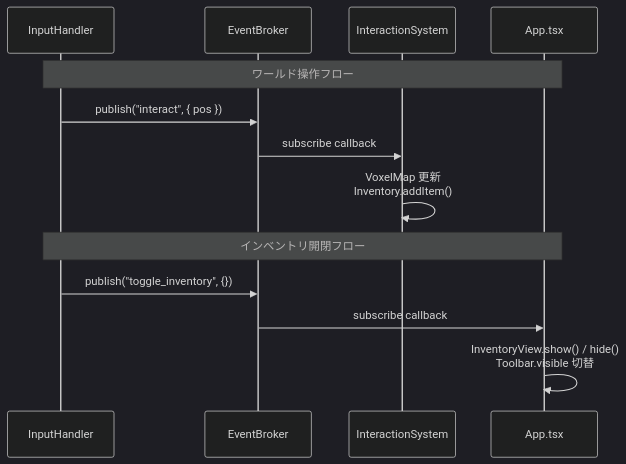
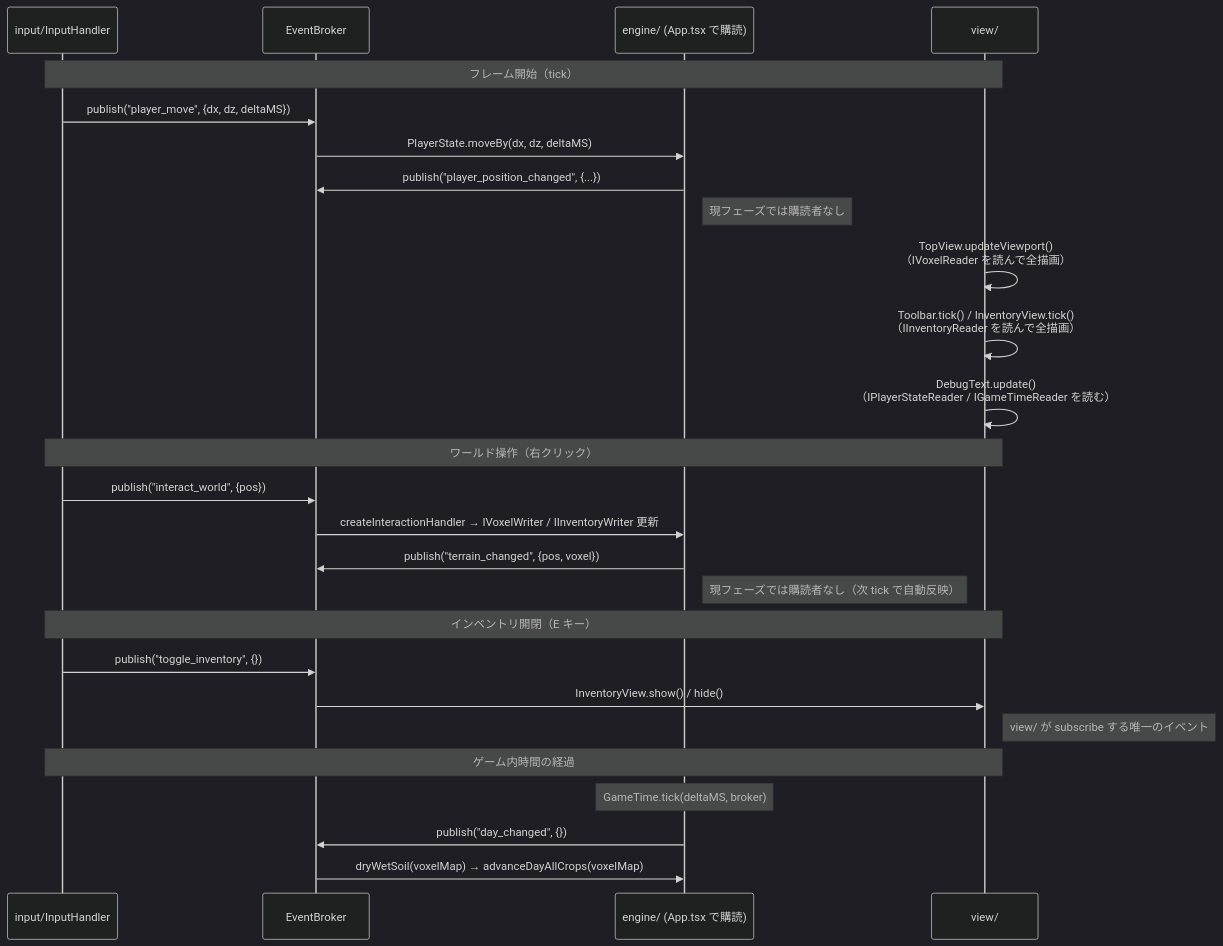
Before and after one commit to osawa-naotaka/StellaGarden: the diagram in doc/06_ARCHITECTURE.md, drawn with Mermaid (dark theme). The commit also changed other lines of this file, not shown here.

````diff
--- a/doc/06_ARCHITECTURE.md
+++ b/doc/06_ARCHITECTURE.md
@@ -177,17 +239,37 @@
 ```mermaid
 sequenceDiagram
-    participant Input as InputHandler
+    participant Input as input/InputHandler
     participant Broker as EventBroker
-    participant IS as InteractionSystem
-    participant App as App.tsx
+    participant Engine as engine/ (App.tsx で購読)
+    participant View as view/
 
-    Note over Input,App: ワールド操作フロー
-    Input->>Broker: publish("interact", { pos })
-    Broker->>IS: subscribe callback
-    IS->>IS: VoxelMap 更新<br/>Inventory.addItem()
+    Note over Input,View: フレーム開始（tick）
 
-    Note over Input,App: インベントリ開閉フロー
+    Input->>Broker: publish("player_move", {dx, dz, deltaMS})
+    Broker->>Engine: PlayerState.moveBy(dx, dz, deltaMS)
+    Engine->>Broker: publish("player_position_changed", {...})
+    Note right of Engine: 現フェーズでは購読者なし
+
+    View->>View: TopView.updateViewport()<br/>（IVoxelReader を読んで全描画）
+    View->>View: Toolbar.tick() / InventoryView.tick()<br/>（IInventoryReader を読んで全描画）
+    View->>View: DebugText.update()<br/>（IPlayerStateReader / IGameTimeReader を読む）
+
+    Note over Input,View: ワールド操作（右クリック）
+
+    Input->>Broker: publish("interact_world", {pos})
+    Broker->>Engine: createInteractionHandler → IVoxelWriter / IInventoryWriter 更新
+    Engine->>Broker: publish("terrain_changed", {pos, voxel})
+    Note right of Engine: 現フェーズでは購読者なし（次 tick で自動反映）
+
+    Note over Input,View: インベントリ開閉（E キー）
+
     Input->>Broker: publish("toggle_inventory", {})
-    Broker->>App: subscribe callback
-    App->>App: InventoryView.show() / hide()<br/>Toolbar.visible 切替
+    Broker->>View: InventoryView.show() / hide()
+    Note right of View: view/ が subscribe する唯一のイベント
+
+    Note over Input,View: ゲーム内時間の経過
+
+    Note over Engine: GameTime.tick(deltaMS, broker)
+    Engine->>Broker: publish("day_changed", {})
+    Broker->>Engine: dryWetSoil(voxelMap) → advanceDayAllCrops(voxelMap)
 ```
````
